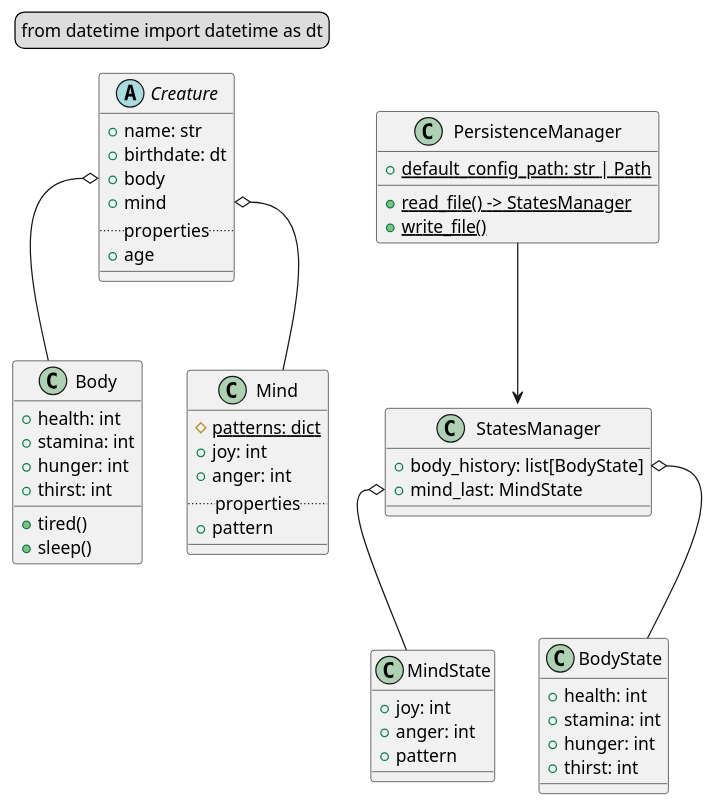
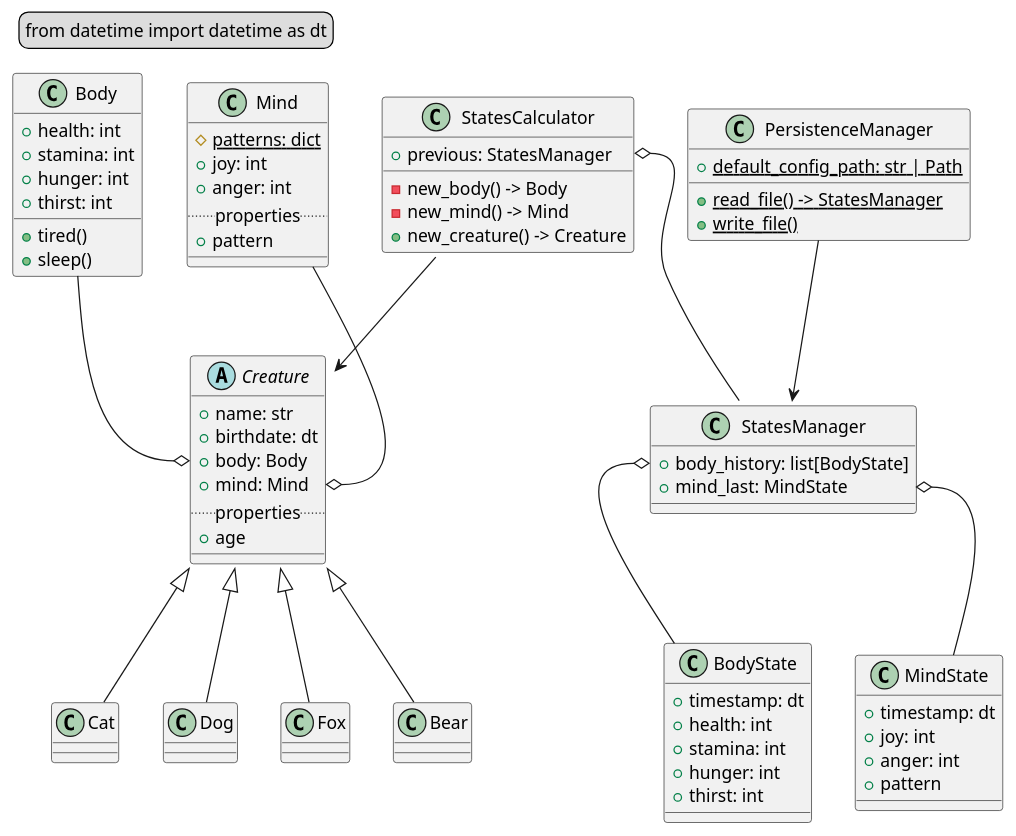
The diagram in model.puml (TOP-Python221/_project2_reference), drawn with PlantUML before and after one commit.

Commit message:
продолжение работы над моделью

```diff
--- a/model.puml
+++ b/model.puml
@@ -1,76 +1,95 @@
 @startuml
 
 <style>
     legend {
         FontName Fira Mono
     }
 </style>
 
 
 legend top left
     from datetime import datetime as dt
 end legend
 
 
 abstract class Creature {
     +name: str
     +birthdate: dt
-    +body
-    +mind
+    +body: Body
+    +mind: Mind
     ..properties..
     +age
     __
 }
-Creature::body o-- Body
-Creature::mind o-- Mind
+Creature <|-- Cat
+Creature <|-- Dog
+Creature <|-- Fox
+Creature <|-- Bear
+
+
+class StatesCalculator {
+    +previous: StatesManager
+    -new_body() -> Body
+    -new_mind() -> Mind
+    +new_creature() -> Creature
+}
+StatesCalculator::previous o-- StatesManager
+StatesCalculator --> Creature
+
+
+class Body {
+    +health: int
+    +stamina: int
+    +hunger: int
+    +thirst: int
+    +tired()
+    +sleep()
+}
+Body --o Creature::body
 
 
 class Mind {
     #{static}patterns: dict
     +joy: int
     +anger: int
     ..properties..
     +pattern
     __
 }
-class MindState {
-    +joy: int
-    +anger: int
-    +pattern
-}
+Mind --o Creature::mind
 
 
-class Body {
-    +health: int
-    +stamina: int
-    +hunger: int
-    +thirst: int
-    +tired()
-    +sleep()
-}
 class BodyState {
+    +timestamp: dt
     +health: int
     +stamina: int
     +hunger: int
     +thirst: int
 }
 
 
+class MindState {
+    +timestamp: dt
+    +joy: int
+    +anger: int
+    +pattern
+}
+
+
 class StatesManager {
     +body_history: list[BodyState]
     +mind_last: MindState
 }
-
 
 
 class PersistenceManager {
     +{static}default_config_path: str | Path
     +{static}read_file() -> StatesManager
     +{static}write_file()
 }
 PersistenceManager --> StatesManager
 StatesManager::body_history o-- BodyState
 StatesManager::mind_last o-- MindState
 
 
 @enduml
```
